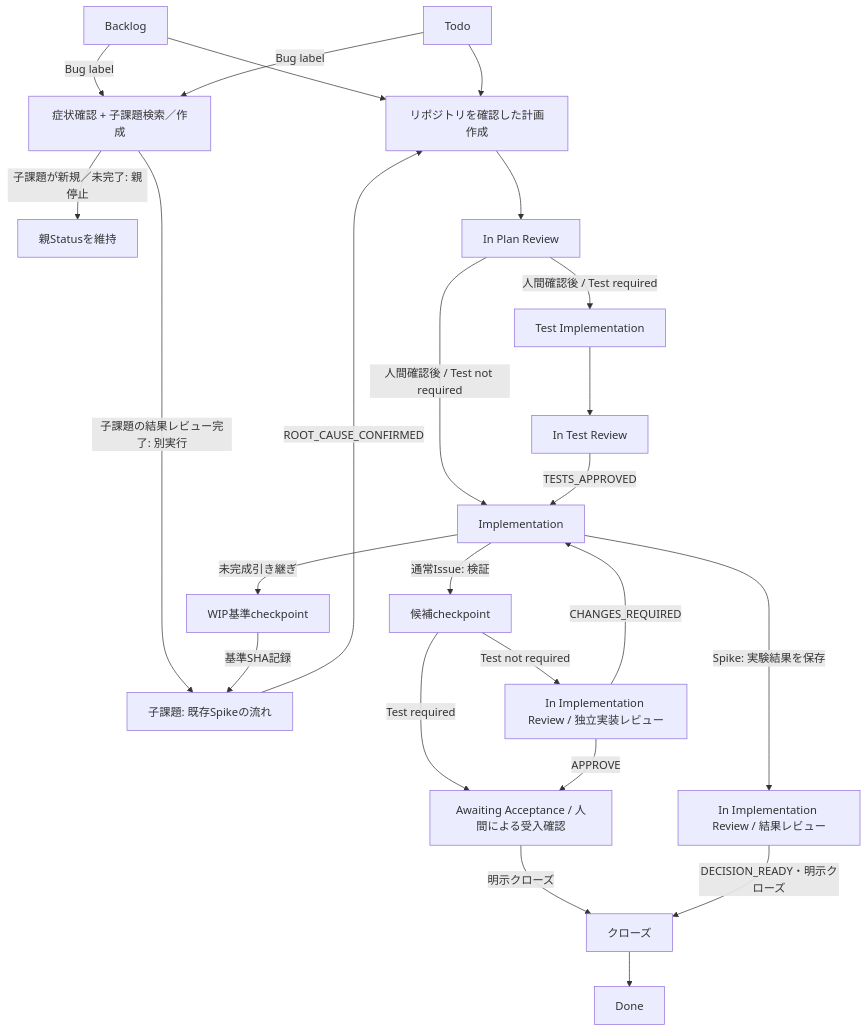
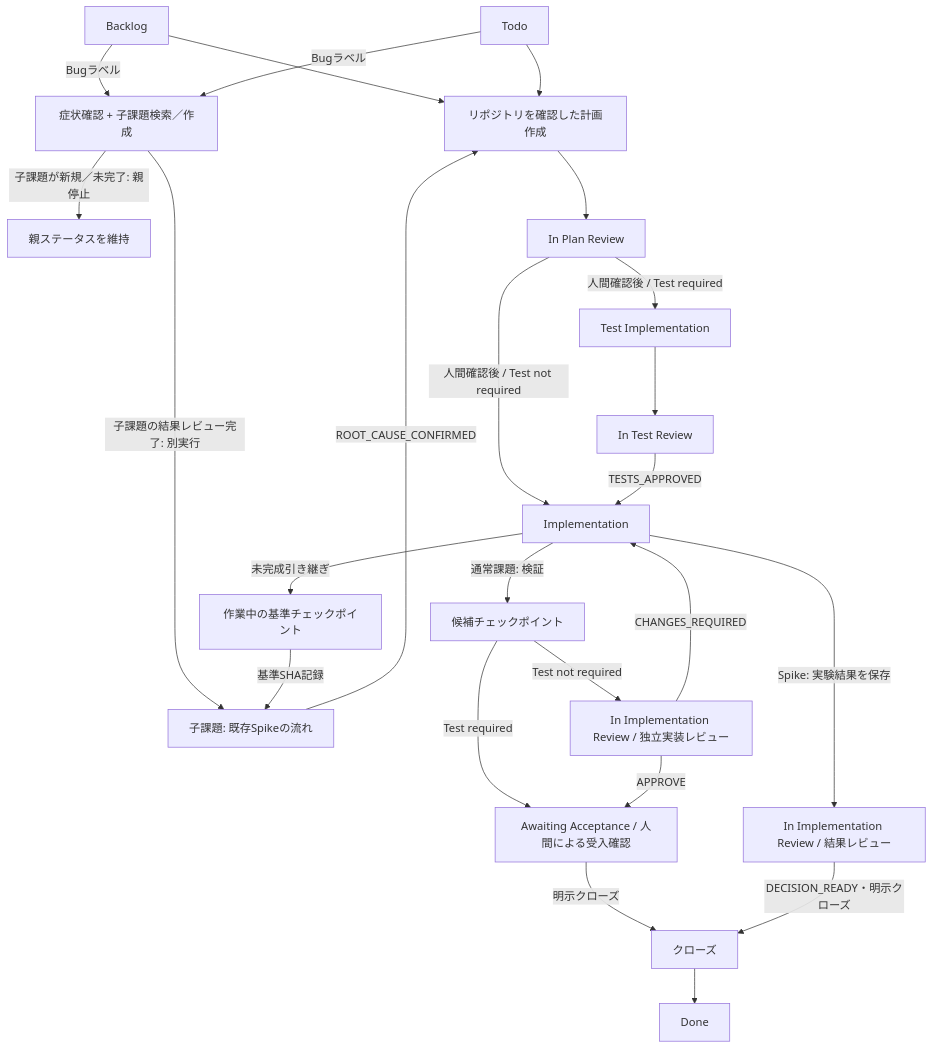
The first of 2 diagrams in agent-development-workflow.md (hnishim/harness), drawn with Mermaid before and after one commit. The commit also changed 1 other file, not shown here.

Commit message:
HIR-265: translate remaining review terms

````diff
--- a/agent-development-workflow.md
+++ b/agent-development-workflow.md
@@ -46,26 +46,26 @@
 ```mermaid
 flowchart TD
     B[Backlog] --> P[リポジトリを確認した計画作成]
     T[Todo] --> P
-    B -->|Bug label| BI[症状確認 + 子課題検索／作成]
-    T -->|Bug label| BI
-    BI -->|子課題が新規／未完了: 親停止| PS[親Statusを維持]
+    B -->|Bugラベル| BI[症状確認 + 子課題検索／作成]
+    T -->|Bugラベル| BI
+    BI -->|子課題が新規／未完了: 親停止| PS[親ステータスを維持]
     BI -->|子課題の結果レビュー完了: 別実行| SI[子課題: 既存Spikeの流れ]
     SI -->|ROOT_CAUSE_CONFIRMED| P
     P --> R[In Plan Review]
     R -->|人間確認後 / Test required| TW[Test Implementation]
     R -->|人間確認後 / Test not required| I[Implementation]
     TW --> TR[In Test Review]
     TR -->|TESTS_APPROVED| I
-    I -->|通常Issue: 検証| CP[候補checkpoint]
+    I -->|通常課題: 検証| CP[候補チェックポイント]
     CP -->|Test required| HA[Awaiting Acceptance / 人間による受入確認]
     CP -->|Test not required| IR[In Implementation Review / 独立実装レビュー]
     IR -->|APPROVE| HA
     IR -->|CHANGES_REQUIRED| I
     I -->|Spike: 実験結果を保存| SR[In Implementation Review / 結果レビュー]
-    I -->|未完成引き継ぎ| BP[WIP基準checkpoint]
+    I -->|未完成引き継ぎ| BP[作業中の基準チェックポイント]
     BP -->|基準SHA記録| SI
     HA -->|明示クローズ| C[クローズ]
     SR -->|DECISION_READY・明示クローズ| C
     C --> D[Done]
 ```
````
